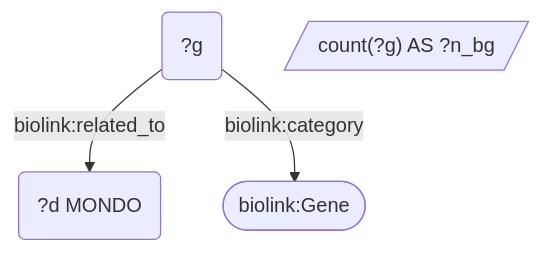
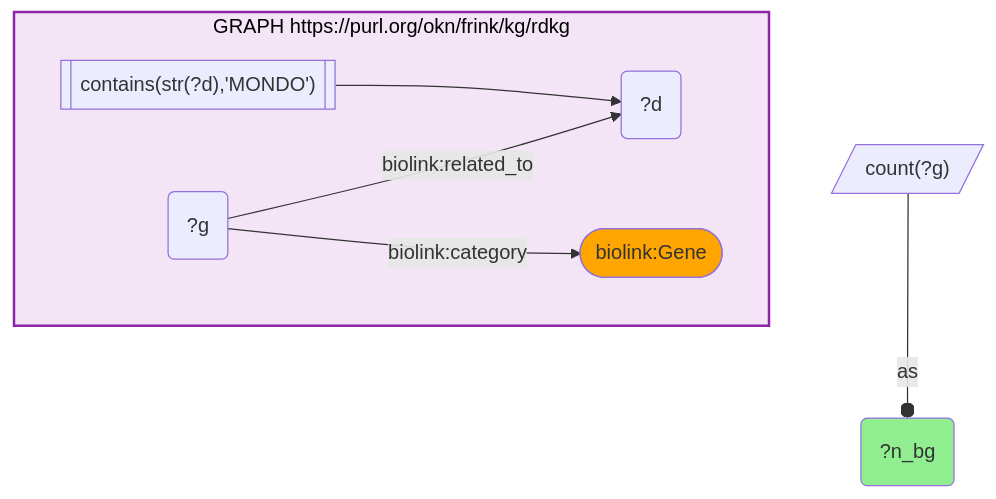
The fifth of 16 diagrams in docs/examples/Bisphenol-Exposome/Bisphenol-Exposome_reproducibility.md (sbl-sdsc/mcp-okn), drawn with Mermaid before and after one commit. The commit also changed other lines of this file and 2 other files, not shown here.

First line of the commit message:
fix(examples): restore KG boxes in Bisphenol-Exposome reproducibility diagrams

````diff
--- a/docs/examples/Bisphenol-Exposome/Bisphenol-Exposome_reproducibility.md
+++ b/docs/examples/Bisphenol-Exposome/Bisphenol-Exposome_reproducibility.md
@@ -234,6 +337,19 @@
 ```mermaid
 graph TD
-  q5v4("?g") --"biolink:related_to"--> v3("?d MONDO")
-  q5v4 --"biolink:category"--> c([biolink:Gene])
-  q5bind[/"count(?g) AS ?n_bg"/]
+classDef projected fill:lightgreen;
+classDef literal fill:orange;
+classDef iri fill:yellow;
+  q5v3("?d")
+  q5v4("?g")
+  q5v1("?n_bg"):::projected 
+  subgraph q5graph0["GRAPH https://purl.org/okn/frink/kg/rdkg"]
+    style q5graph0 fill:#f3e5f5,stroke:#8e24aa,stroke-width:2px,color:#000;
+    q5graph0c2(["biolink:Gene"]):::literal 
+    q5graph0f0[["contains(str(?d),'MONDO')"]]
+    q5graph0f0 --> q5v3
+    q5v4 --"biolink:category"--> q5graph0c2
+    q5v4 --"biolink:related_to"--> q5v3
+  end
+  q5bind0[/"count(?g)"/]
+  q5bind0 --as--o q5v1
 ```
````
